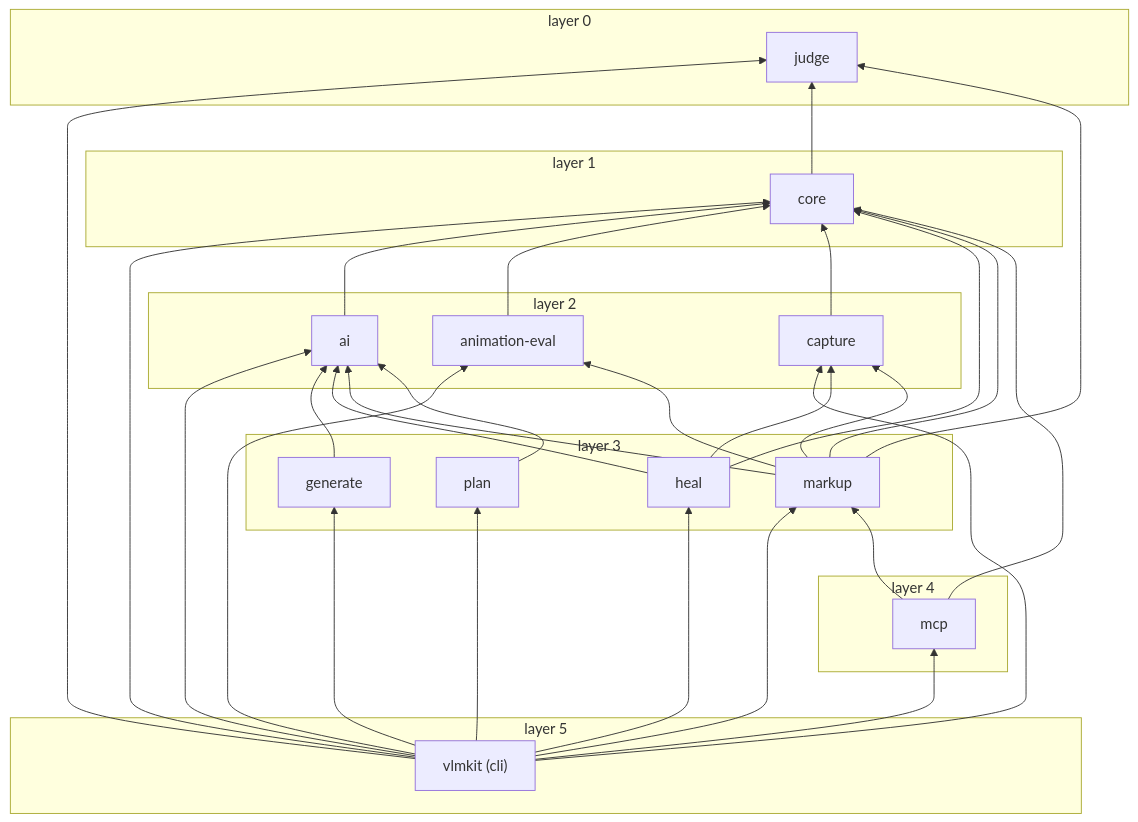
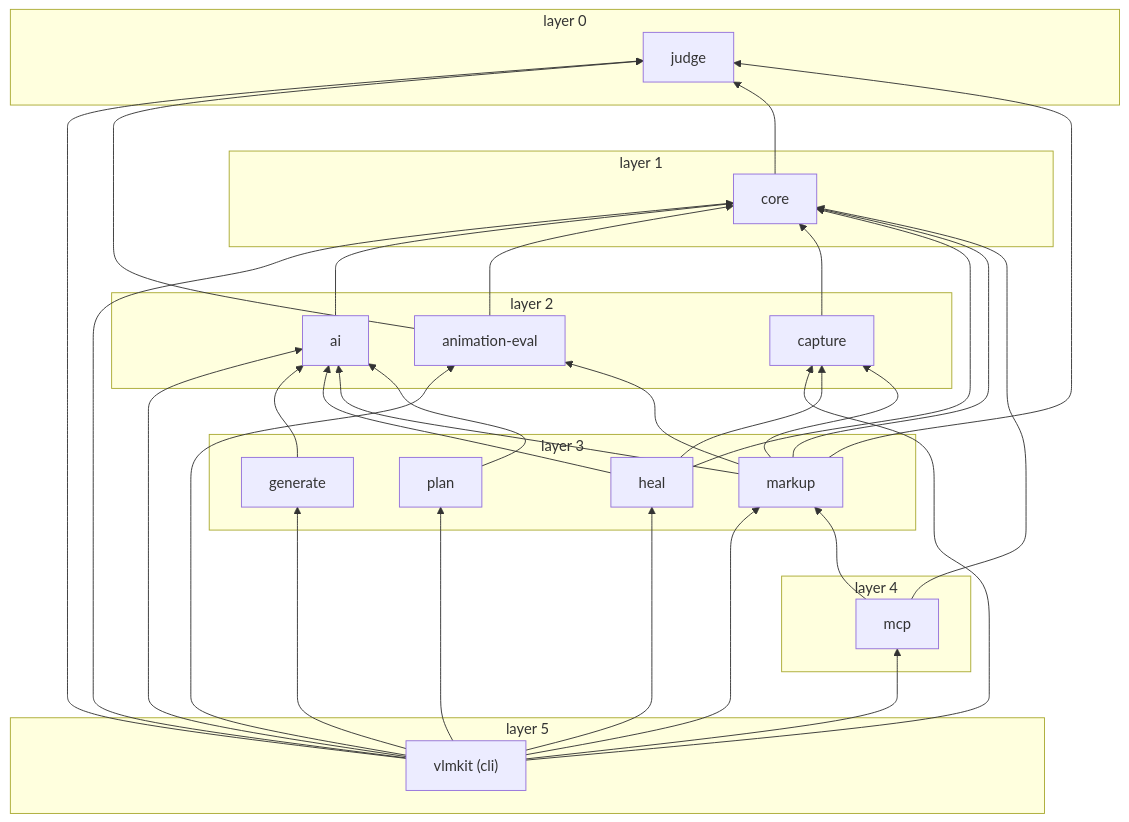
One commit to mizchi/vlmkit changed the diagram in README.md. Above: the diagram before and after it, drawn with Mermaid. The commit also changed 32 other files, not shown here.

````diff
--- a/README.md
+++ b/README.md
@@ -165,52 +165,53 @@
 ```mermaid
 flowchart BT
   subgraph L0["layer 0"]
     p7["judge"]
   end
   subgraph L1["layer 1"]
     p4["core"]
   end
   subgraph L2["layer 2"]
     p1["ai"]
     p2["animation-eval"]
     p3["capture"]
   end
   subgraph L3["layer 3"]
     p5["generate"]
     p6["heal"]
     p8["markup"]
     p10["plan"]
   end
   subgraph L4["layer 4"]
     p9["mcp"]
   end
   subgraph L5["layer 5"]
     p0["vlmkit (cli)"]
   end
   p0 --> p1
   p0 --> p2
   p0 --> p3
   p0 --> p4
   p0 --> p5
   p0 --> p6
   p0 --> p7
   p0 --> p8
   p0 --> p9
   p0 --> p10
   p1 --> p4
   p2 --> p4
+  p2 --> p7
   p3 --> p4
   p4 --> p7
   p5 --> p1
   p6 --> p1
   p6 --> p3
   p6 --> p4
   p8 --> p1
   p8 --> p2
   p8 --> p3
   p8 --> p4
   p8 --> p7
   p9 --> p4
   p9 --> p8
   p10 --> p1
 ```
````
